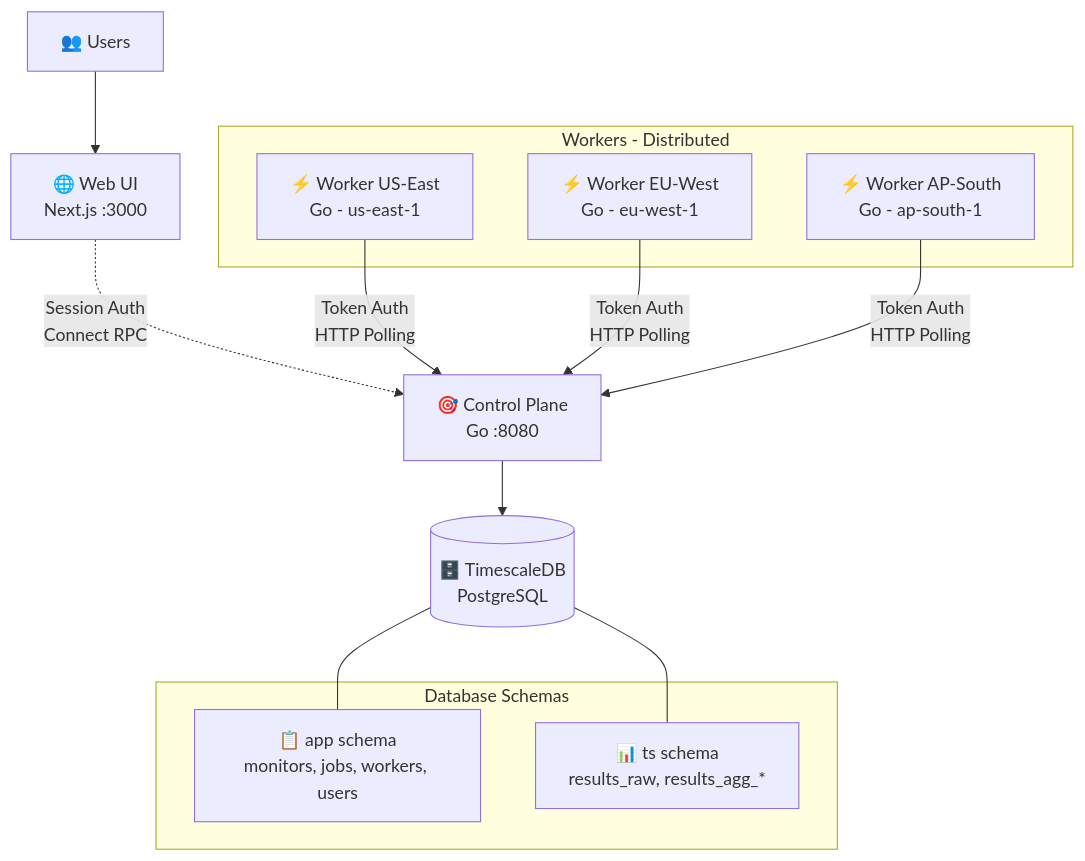
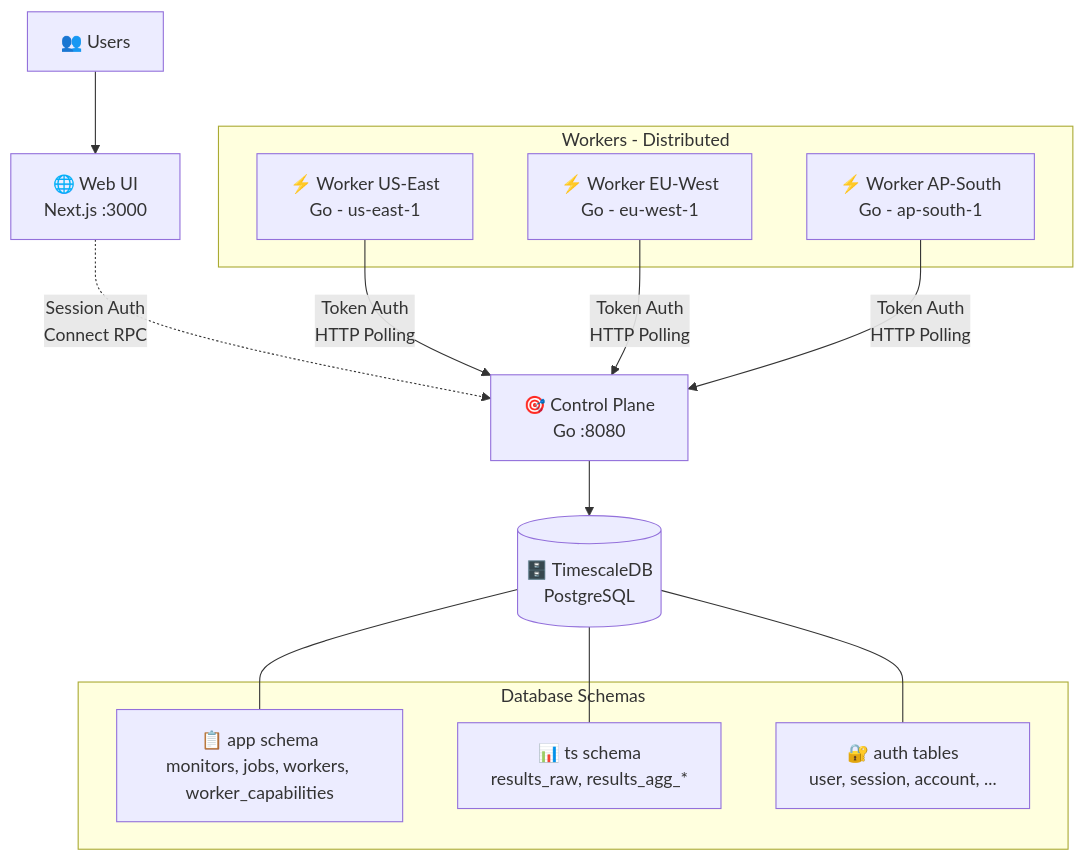
One commit to crisog/openseer changed the diagram in README.md. Above: the diagram before and after it, drawn with Mermaid. The commit also changed other lines of this file and 3 other files, not shown here.

````diff
--- a/README.md
+++ b/README.md
@@ -7,28 +7,30 @@
 ```mermaid
 graph TB
     Users[👥 Users]
     WebUI[🌐 Web UI<br/>Next.js :3000]
     ControlPlane[🎯 Control Plane<br/>Go :8080]
     Database[(🗄️ TimescaleDB<br/>PostgreSQL)]
 
     subgraph "Workers - Distributed"
         WorkerUS[⚡ Worker US-East<br/>Go - us-east-1]
         WorkerEU[⚡ Worker EU-West<br/>Go - eu-west-1]
         WorkerAP[⚡ Worker AP-South<br/>Go - ap-south-1]
     end
 
     Users --> WebUI
     WebUI -.->|Session Auth<br/>Connect RPC| ControlPlane
     WorkerUS -->|Token Auth<br/>HTTP Polling| ControlPlane
     WorkerEU -->|Token Auth<br/>HTTP Polling| ControlPlane
     WorkerAP -->|Token Auth<br/>HTTP Polling| ControlPlane
     ControlPlane --> Database
 
     subgraph "Database Schemas"
-        AppSchema[📋 app schema<br/>monitors, jobs, workers, users]
+        AppSchema[📋 app schema<br/>monitors, jobs, workers, worker_capabilities]
         TSSchema[📊 ts schema<br/>results_raw, results_agg_*]
+        AuthSchema[🔐 auth tables<br/>user, session, account, ...]
     end
 
     Database --- AppSchema
     Database --- TSSchema
+    Database --- AuthSchema
 ```
````
